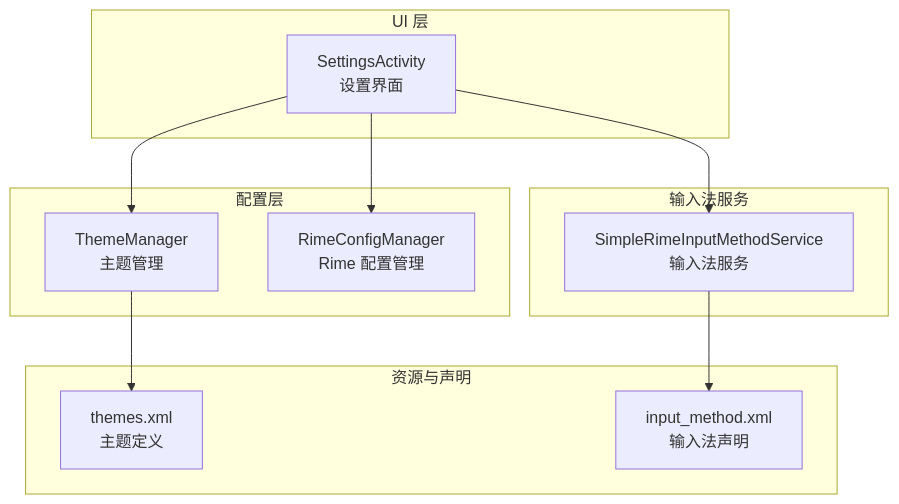
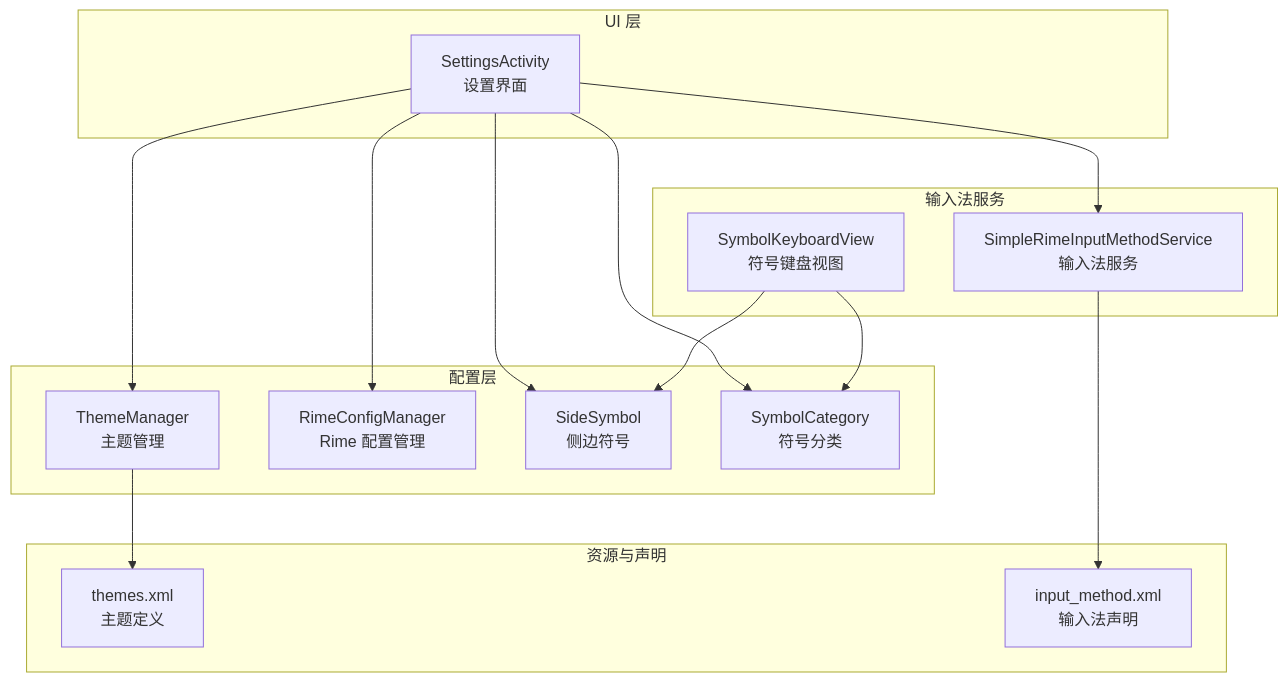
The first of 8 diagrams in .qoder/repowiki/zh/content/架构设计/分层架构设计/UI 层设计/设置界面 (SettingsActivity).md (qiaodashaoye/ziyou-ime), drawn with Mermaid before and after one commit. The commit also changed other lines of this file and 4 other files, not shown here.

Commit message:
docs(repowiki): 同步 AI 面板/图片发送/符号键盘 架构文档

````diff
--- a/.qoder/repowiki/zh/content/架构设计/分层架构设计/UI 层设计/设置界面 (SettingsActivity).md
+++ b/.qoder/repowiki/zh/content/架构设计/分层架构设计/UI 层设计/设置界面 (SettingsActivity).md
@@ -37,22 +48,29 @@
 ```mermaid
 graph TB
 subgraph "UI 层"
 SA["SettingsActivity<br/>设置界面"]
 end
 subgraph "配置层"
 TM["ThemeManager<br/>主题管理"]
 RCM["RimeConfigManager<br/>Rime 配置管理"]
+SS["SideSymbol<br/>侧边符号"]
+SC["SymbolCategory<br/>符号分类"]
 end
 subgraph "输入法服务"
 IMS["SimpleRimeInputMethodService<br/>输入法服务"]
+SKV["SymbolKeyboardView<br/>符号键盘视图"]
 end
 subgraph "资源与声明"
 TH["themes.xml<br/>主题定义"]
 IMX["input_method.xml<br/>输入法声明"]
 end
 SA --> TM
 SA --> RCM
+SA --> SS
+SA --> SC
 SA --> IMS
 TM --> TH
 IMS --> IMX
+SKV --> SS
+SKV --> SC
 ```
````
